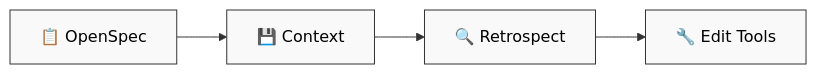
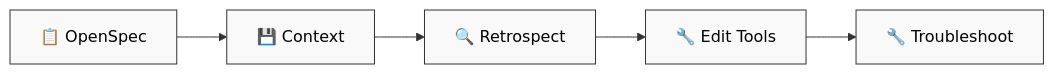
Before and after one commit to digital-stoic-org/agent-skills: the diagram in dstoic/README.md, drawn with Mermaid. The commit also changed other lines of this file and 7 other files, not shown here.

````diff
--- a/dstoic/README.md
+++ b/dstoic/README.md
@@ -7,8 +7,9 @@
 ```mermaid
 flowchart LR
     A["📋 OpenSpec"] --> B["💾 Context"]
     B --> C["🔍 Retrospect"]
     C --> D["🔧 Edit Tools"]
+    D --> E["🔧 Troubleshoot"]
 
     classDef default fill:#f9f9f9,stroke:#333,color:#000
 ```
````
